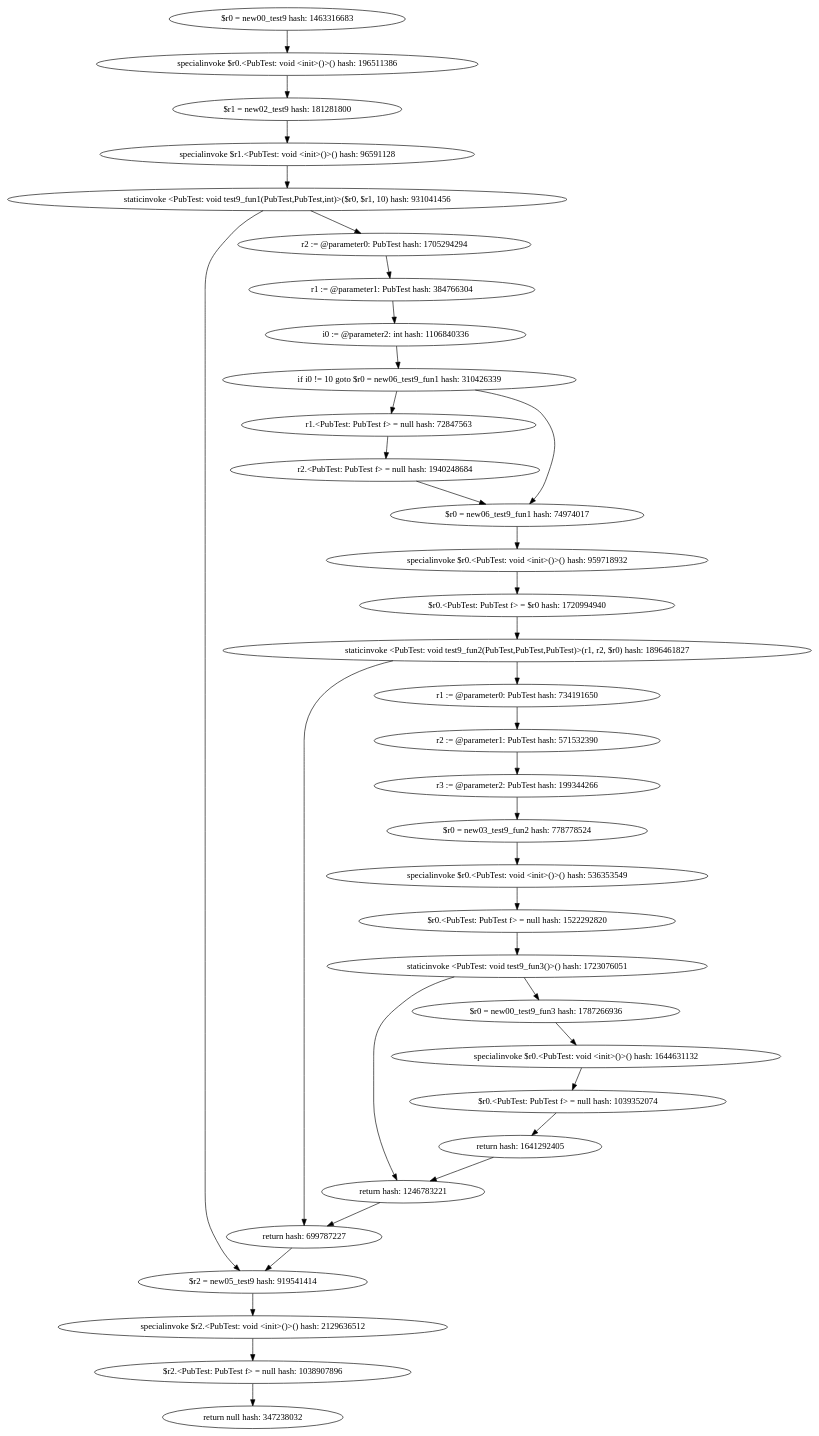
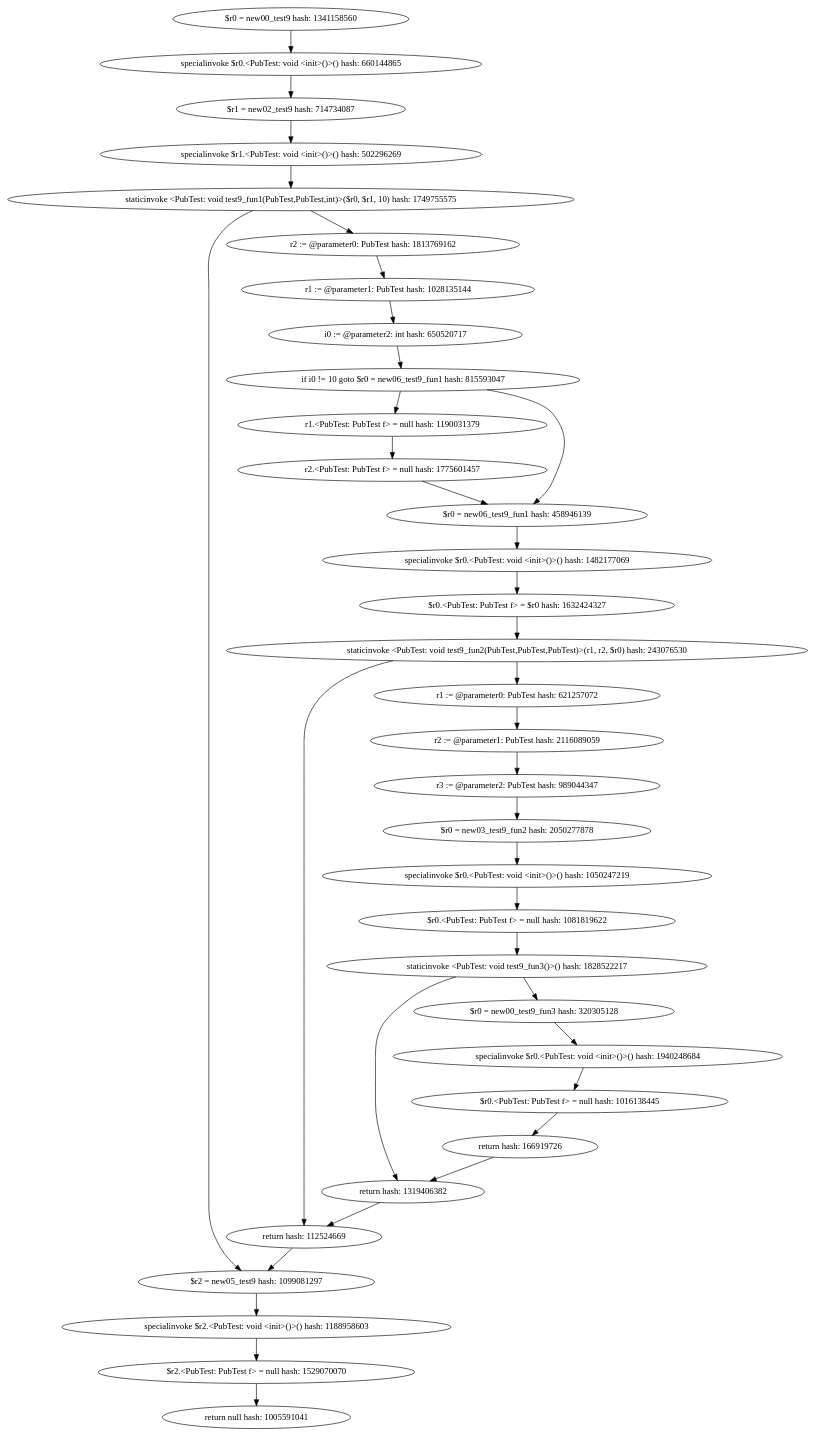
One commit to khushit-shah/PointsToAnalysisJava changed the diagram in target1-pub/PubTest.test9.intra.debug.dot. Above: the diagram before and after it, drawn with Graphviz. The commit also changed 134 other files, not shown here.

```diff
--- a/target1-pub/PubTest.test9.intra.debug.dot
+++ b/target1-pub/PubTest.test9.intra.debug.dot
@@ -1,69 +1,69 @@
 digraph "./target1-pub/PubTest.test9.intra.debug" {
-    "$r0 = new00_test9 hash: 1463316683";
-    "specialinvoke $r0.<PubTest: void <init>()>() hash: 196511386";
-    "$r1 = new02_test9 hash: 181281800";
-    "specialinvoke $r1.<PubTest: void <init>()>() hash: 96591128";
-    "staticinvoke <PubTest: void test9_fun1(PubTest,PubTest,int)>($r0, $r1, 10) hash: 931041456";
-    "$r2 = new05_test9 hash: 919541414";
-    "specialinvoke $r2.<PubTest: void <init>()>() hash: 2129636512";
-    "$r2.<PubTest: PubTest f> = null hash: 1038907896";
-    "return null hash: 347238032";
-    "r2 := @parameter0: PubTest hash: 1705294294";
-    "r1 := @parameter1: PubTest hash: 384766304";
-    "i0 := @parameter2: int hash: 1106840336";
-    "if i0 != 10 goto $r0 = new06_test9_fun1 hash: 310426339";
-    "r1.<PubTest: PubTest f> = null hash: 72847563";
-    "r2.<PubTest: PubTest f> = null hash: 1940248684";
-    "$r0 = new06_test9_fun1 hash: 74974017";
-    "specialinvoke $r0.<PubTest: void <init>()>() hash: 959718932";
-    "$r0.<PubTest: PubTest f> = $r0 hash: 1720994940";
-    "staticinvoke <PubTest: void test9_fun2(PubTest,PubTest,PubTest)>(r1, r2, $r0) hash: 1896461827";
-    "return hash: 699787227";
-    "r1 := @parameter0: PubTest hash: 734191650";
-    "r2 := @parameter1: PubTest hash: 571532390";
-    "r3 := @parameter2: PubTest hash: 199344266";
-    "$r0 = new03_test9_fun2 hash: 778778524";
-    "specialinvoke $r0.<PubTest: void <init>()>() hash: 536353549";
-    "$r0.<PubTest: PubTest f> = null hash: 1522292820";
-    "staticinvoke <PubTest: void test9_fun3()>() hash: 1723076051";
-    "return hash: 1246783221";
-    "$r0 = new00_test9_fun3 hash: 1787266936";
-    "specialinvoke $r0.<PubTest: void <init>()>() hash: 1644631132";
-    "$r0.<PubTest: PubTest f> = null hash: 1039352074";
-    "return hash: 1641292405";
-    "$r0 = new00_test9 hash: 1463316683"->"specialinvoke $r0.<PubTest: void <init>()>() hash: 196511386";
-    "specialinvoke $r0.<PubTest: void <init>()>() hash: 196511386"->"$r1 = new02_test9 hash: 181281800";
-    "$r1 = new02_test9 hash: 181281800"->"specialinvoke $r1.<PubTest: void <init>()>() hash: 96591128";
-    "specialinvoke $r1.<PubTest: void <init>()>() hash: 96591128"->"staticinvoke <PubTest: void test9_fun1(PubTest,PubTest,int)>($r0, $r1, 10) hash: 931041456";
-    "staticinvoke <PubTest: void test9_fun1(PubTest,PubTest,int)>($r0, $r1, 10) hash: 931041456"->"$r2 = new05_test9 hash: 919541414";
-    "staticinvoke <PubTest: void test9_fun1(PubTest,PubTest,int)>($r0, $r1, 10) hash: 931041456"->"r2 := @parameter0: PubTest hash: 1705294294";
-    "$r2 = new05_test9 hash: 919541414"->"specialinvoke $r2.<PubTest: void <init>()>() hash: 2129636512";
-    "specialinvoke $r2.<PubTest: void <init>()>() hash: 2129636512"->"$r2.<PubTest: PubTest f> = null hash: 1038907896";
-    "$r2.<PubTest: PubTest f> = null hash: 1038907896"->"return null hash: 347238032";
-    "r2 := @parameter0: PubTest hash: 1705294294"->"r1 := @parameter1: PubTest hash: 384766304";
-    "r1 := @parameter1: PubTest hash: 384766304"->"i0 := @parameter2: int hash: 1106840336";
-    "i0 := @parameter2: int hash: 1106840336"->"if i0 != 10 goto $r0 = new06_test9_fun1 hash: 310426339";
-    "if i0 != 10 goto $r0 = new06_test9_fun1 hash: 310426339"->"r1.<PubTest: PubTest f> = null hash: 72847563";
-    "if i0 != 10 goto $r0 = new06_test9_fun1 hash: 310426339"->"$r0 = new06_test9_fun1 hash: 74974017";
-    "r1.<PubTest: PubTest f> = null hash: 72847563"->"r2.<PubTest: PubTest f> = null hash: 1940248684";
-    "r2.<PubTest: PubTest f> = null hash: 1940248684"->"$r0 = new06_test9_fun1 hash: 74974017";
-    "$r0 = new06_test9_fun1 hash: 74974017"->"specialinvoke $r0.<PubTest: void <init>()>() hash: 959718932";
-    "specialinvoke $r0.<PubTest: void <init>()>() hash: 959718932"->"$r0.<PubTest: PubTest f> = $r0 hash: 1720994940";
-    "$r0.<PubTest: PubTest f> = $r0 hash: 1720994940"->"staticinvoke <PubTest: void test9_fun2(PubTest,PubTest,PubTest)>(r1, r2, $r0) hash: 1896461827";
-    "staticinvoke <PubTest: void test9_fun2(PubTest,PubTest,PubTest)>(r1, r2, $r0) hash: 1896461827"->"return hash: 699787227";
-    "staticinvoke <PubTest: void test9_fun2(PubTest,PubTest,PubTest)>(r1, r2, $r0) hash: 1896461827"->"r1 := @parameter0: PubTest hash: 734191650";
-    "return hash: 699787227"->"$r2 = new05_test9 hash: 919541414";
-    "r1 := @parameter0: PubTest hash: 734191650"->"r2 := @parameter1: PubTest hash: 571532390";
-    "r2 := @parameter1: PubTest hash: 571532390"->"r3 := @parameter2: PubTest hash: 199344266";
-    "r3 := @parameter2: PubTest hash: 199344266"->"$r0 = new03_test9_fun2 hash: 778778524";
-    "$r0 = new03_test9_fun2 hash: 778778524"->"specialinvoke $r0.<PubTest: void <init>()>() hash: 536353549";
-    "specialinvoke $r0.<PubTest: void <init>()>() hash: 536353549"->"$r0.<PubTest: PubTest f> = null hash: 1522292820";
-    "$r0.<PubTest: PubTest f> = null hash: 1522292820"->"staticinvoke <PubTest: void test9_fun3()>() hash: 1723076051";
-    "staticinvoke <PubTest: void test9_fun3()>() hash: 1723076051"->"return hash: 1246783221";
-    "staticinvoke <PubTest: void test9_fun3()>() hash: 1723076051"->"$r0 = new00_test9_fun3 hash: 1787266936";
-    "return hash: 1246783221"->"return hash: 699787227";
-    "$r0 = new00_test9_fun3 hash: 1787266936"->"specialinvoke $r0.<PubTest: void <init>()>() hash: 1644631132";
-    "specialinvoke $r0.<PubTest: void <init>()>() hash: 1644631132"->"$r0.<PubTest: PubTest f> = null hash: 1039352074";
-    "$r0.<PubTest: PubTest f> = null hash: 1039352074"->"return hash: 1641292405";
-    "return hash: 1641292405"->"return hash: 1246783221";
+    "$r0 = new00_test9 hash: 1341158560";
+    "specialinvoke $r0.<PubTest: void <init>()>() hash: 660144865";
+    "$r1 = new02_test9 hash: 714734087";
+    "specialinvoke $r1.<PubTest: void <init>()>() hash: 502296269";
+    "staticinvoke <PubTest: void test9_fun1(PubTest,PubTest,int)>($r0, $r1, 10) hash: 1749755575";
+    "$r2 = new05_test9 hash: 1099081297";
+    "specialinvoke $r2.<PubTest: void <init>()>() hash: 1188958603";
+    "$r2.<PubTest: PubTest f> = null hash: 1529070070";
+    "return null hash: 1005591041";
+    "r2 := @parameter0: PubTest hash: 1813769162";
+    "r1 := @parameter1: PubTest hash: 1028135144";
+    "i0 := @parameter2: int hash: 650520717";
+    "if i0 != 10 goto $r0 = new06_test9_fun1 hash: 815593047";
+    "r1.<PubTest: PubTest f> = null hash: 1190031379";
+    "r2.<PubTest: PubTest f> = null hash: 1775601457";
+    "$r0 = new06_test9_fun1 hash: 458946139";
+    "specialinvoke $r0.<PubTest: void <init>()>() hash: 1482177069";
+    "$r0.<PubTest: PubTest f> = $r0 hash: 1632424327";
+    "staticinvoke <PubTest: void test9_fun2(PubTest,PubTest,PubTest)>(r1, r2, $r0) hash: 243076530";
+    "return hash: 112524669";
+    "r1 := @parameter0: PubTest hash: 621257072";
+    "r2 := @parameter1: PubTest hash: 2116089059";
+    "r3 := @parameter2: PubTest hash: 989044347";
+    "$r0 = new03_test9_fun2 hash: 2050277878";
+    "specialinvoke $r0.<PubTest: void <init>()>() hash: 1050247219";
+    "$r0.<PubTest: PubTest f> = null hash: 1081819622";
+    "staticinvoke <PubTest: void test9_fun3()>() hash: 1828522217";
+    "return hash: 1319406382";
+    "$r0 = new00_test9_fun3 hash: 320305128";
+    "specialinvoke $r0.<PubTest: void <init>()>() hash: 1940248684";
+    "$r0.<PubTest: PubTest f> = null hash: 1016138445";
+    "return hash: 166919726";
+    "$r0 = new00_test9 hash: 1341158560"->"specialinvoke $r0.<PubTest: void <init>()>() hash: 660144865";
+    "specialinvoke $r0.<PubTest: void <init>()>() hash: 660144865"->"$r1 = new02_test9 hash: 714734087";
+    "$r1 = new02_test9 hash: 714734087"->"specialinvoke $r1.<PubTest: void <init>()>() hash: 502296269";
+    "specialinvoke $r1.<PubTest: void <init>()>() hash: 502296269"->"staticinvoke <PubTest: void test9_fun1(PubTest,PubTest,int)>($r0, $r1, 10) hash: 1749755575";
+    "staticinvoke <PubTest: void test9_fun1(PubTest,PubTest,int)>($r0, $r1, 10) hash: 1749755575"->"r2 := @parameter0: PubTest hash: 1813769162";
+    "staticinvoke <PubTest: void test9_fun1(PubTest,PubTest,int)>($r0, $r1, 10) hash: 1749755575"->"$r2 = new05_test9 hash: 1099081297";
+    "$r2 = new05_test9 hash: 1099081297"->"specialinvoke $r2.<PubTest: void <init>()>() hash: 1188958603";
+    "specialinvoke $r2.<PubTest: void <init>()>() hash: 1188958603"->"$r2.<PubTest: PubTest f> = null hash: 1529070070";
+    "$r2.<PubTest: PubTest f> = null hash: 1529070070"->"return null hash: 1005591041";
+    "r2 := @parameter0: PubTest hash: 1813769162"->"r1 := @parameter1: PubTest hash: 1028135144";
+    "r1 := @parameter1: PubTest hash: 1028135144"->"i0 := @parameter2: int hash: 650520717";
+    "i0 := @parameter2: int hash: 650520717"->"if i0 != 10 goto $r0 = new06_test9_fun1 hash: 815593047";
+    "if i0 != 10 goto $r0 = new06_test9_fun1 hash: 815593047"->"r1.<PubTest: PubTest f> = null hash: 1190031379";
+    "if i0 != 10 goto $r0 = new06_test9_fun1 hash: 815593047"->"$r0 = new06_test9_fun1 hash: 458946139";
+    "r1.<PubTest: PubTest f> = null hash: 1190031379"->"r2.<PubTest: PubTest f> = null hash: 1775601457";
+    "r2.<PubTest: PubTest f> = null hash: 1775601457"->"$r0 = new06_test9_fun1 hash: 458946139";
+    "$r0 = new06_test9_fun1 hash: 458946139"->"specialinvoke $r0.<PubTest: void <init>()>() hash: 1482177069";
+    "specialinvoke $r0.<PubTest: void <init>()>() hash: 1482177069"->"$r0.<PubTest: PubTest f> = $r0 hash: 1632424327";
+    "$r0.<PubTest: PubTest f> = $r0 hash: 1632424327"->"staticinvoke <PubTest: void test9_fun2(PubTest,PubTest,PubTest)>(r1, r2, $r0) hash: 243076530";
+    "staticinvoke <PubTest: void test9_fun2(PubTest,PubTest,PubTest)>(r1, r2, $r0) hash: 243076530"->"r1 := @parameter0: PubTest hash: 621257072";
+    "staticinvoke <PubTest: void test9_fun2(PubTest,PubTest,PubTest)>(r1, r2, $r0) hash: 243076530"->"return hash: 112524669";
+    "return hash: 112524669"->"$r2 = new05_test9 hash: 1099081297";
+    "r1 := @parameter0: PubTest hash: 621257072"->"r2 := @parameter1: PubTest hash: 2116089059";
+    "r2 := @parameter1: PubTest hash: 2116089059"->"r3 := @parameter2: PubTest hash: 989044347";
+    "r3 := @parameter2: PubTest hash: 989044347"->"$r0 = new03_test9_fun2 hash: 2050277878";
+    "$r0 = new03_test9_fun2 hash: 2050277878"->"specialinvoke $r0.<PubTest: void <init>()>() hash: 1050247219";
+    "specialinvoke $r0.<PubTest: void <init>()>() hash: 1050247219"->"$r0.<PubTest: PubTest f> = null hash: 1081819622";
+    "$r0.<PubTest: PubTest f> = null hash: 1081819622"->"staticinvoke <PubTest: void test9_fun3()>() hash: 1828522217";
+    "staticinvoke <PubTest: void test9_fun3()>() hash: 1828522217"->"$r0 = new00_test9_fun3 hash: 320305128";
+    "staticinvoke <PubTest: void test9_fun3()>() hash: 1828522217"->"return hash: 1319406382";
+    "return hash: 1319406382"->"return hash: 112524669";
+    "$r0 = new00_test9_fun3 hash: 320305128"->"specialinvoke $r0.<PubTest: void <init>()>() hash: 1940248684";
+    "specialinvoke $r0.<PubTest: void <init>()>() hash: 1940248684"->"$r0.<PubTest: PubTest f> = null hash: 1016138445";
+    "$r0.<PubTest: PubTest f> = null hash: 1016138445"->"return hash: 166919726";
+    "return hash: 166919726"->"return hash: 1319406382";
 }
```
